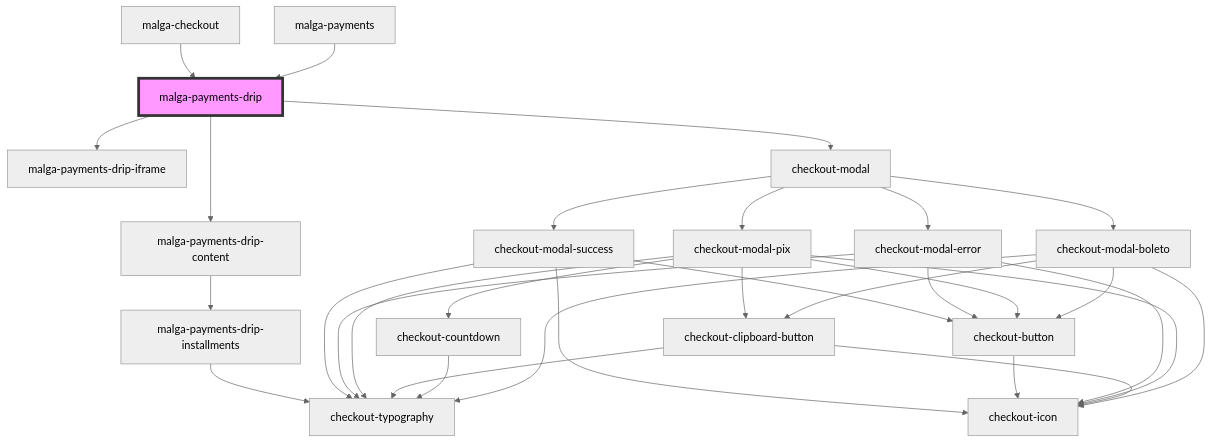
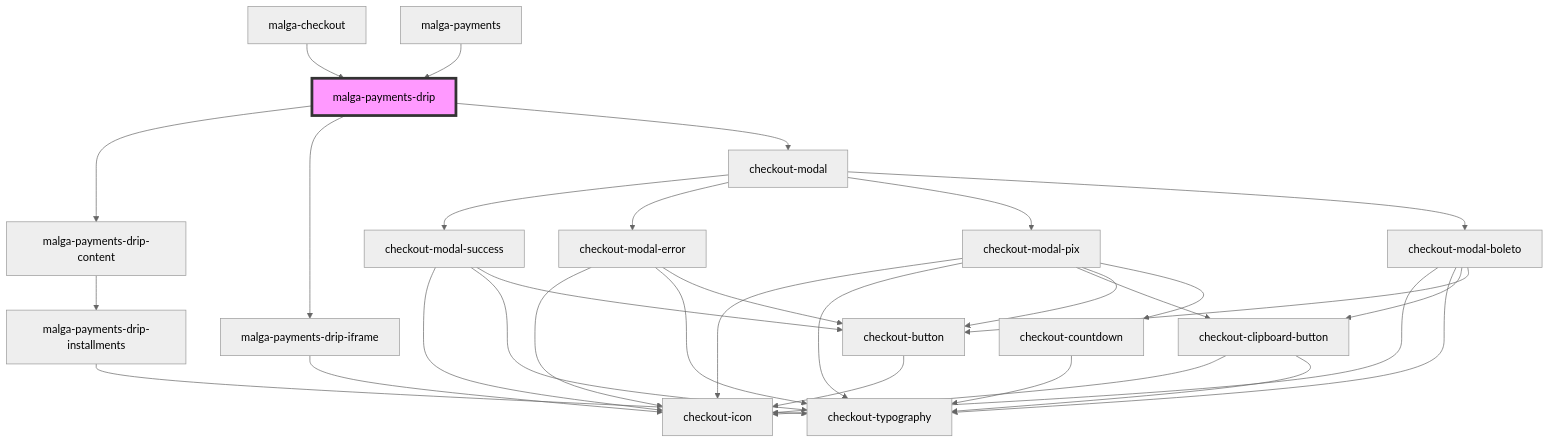
The diagram in packages/checkout/core/src/components/malga-payments-drip/readme.md (plughacker/malga-checkout), drawn with Mermaid (neutral theme) before and after one commit. The commit also changed 14 other files, not shown here.

Commit message:
fix(checkout): improve close icon of iframe

````diff
--- a/packages/checkout/core/src/components/malga-payments-drip/readme.md
+++ b/packages/checkout/core/src/components/malga-payments-drip/readme.md
@@ -22,34 +22,35 @@
 ```mermaid
 graph TD;
   malga-payments-drip --> malga-payments-drip-content
   malga-payments-drip --> malga-payments-drip-iframe
   malga-payments-drip --> checkout-modal
   malga-payments-drip-content --> malga-payments-drip-installments
   malga-payments-drip-installments --> checkout-typography
+  malga-payments-drip-iframe --> checkout-icon
   checkout-modal --> checkout-modal-success
   checkout-modal --> checkout-modal-error
   checkout-modal --> checkout-modal-pix
   checkout-modal --> checkout-modal-boleto
   checkout-modal-success --> checkout-icon
   checkout-modal-success --> checkout-typography
   checkout-modal-success --> checkout-button
   checkout-button --> checkout-icon
   checkout-modal-error --> checkout-icon
   checkout-modal-error --> checkout-typography
   checkout-modal-error --> checkout-button
   checkout-modal-pix --> checkout-icon
   checkout-modal-pix --> checkout-typography
   checkout-modal-pix --> checkout-clipboard-button
   checkout-modal-pix --> checkout-button
   checkout-modal-pix --> checkout-countdown
   checkout-clipboard-button --> checkout-icon
   checkout-clipboard-button --> checkout-typography
   checkout-countdown --> checkout-typography
   checkout-modal-boleto --> checkout-icon
   checkout-modal-boleto --> checkout-typography
   checkout-modal-boleto --> checkout-clipboard-button
   checkout-modal-boleto --> checkout-button
   malga-checkout --> malga-payments-drip
   malga-payments --> malga-payments-drip
   style malga-payments-drip fill:#f9f,stroke:#333,stroke-width:4px
 ```
````
